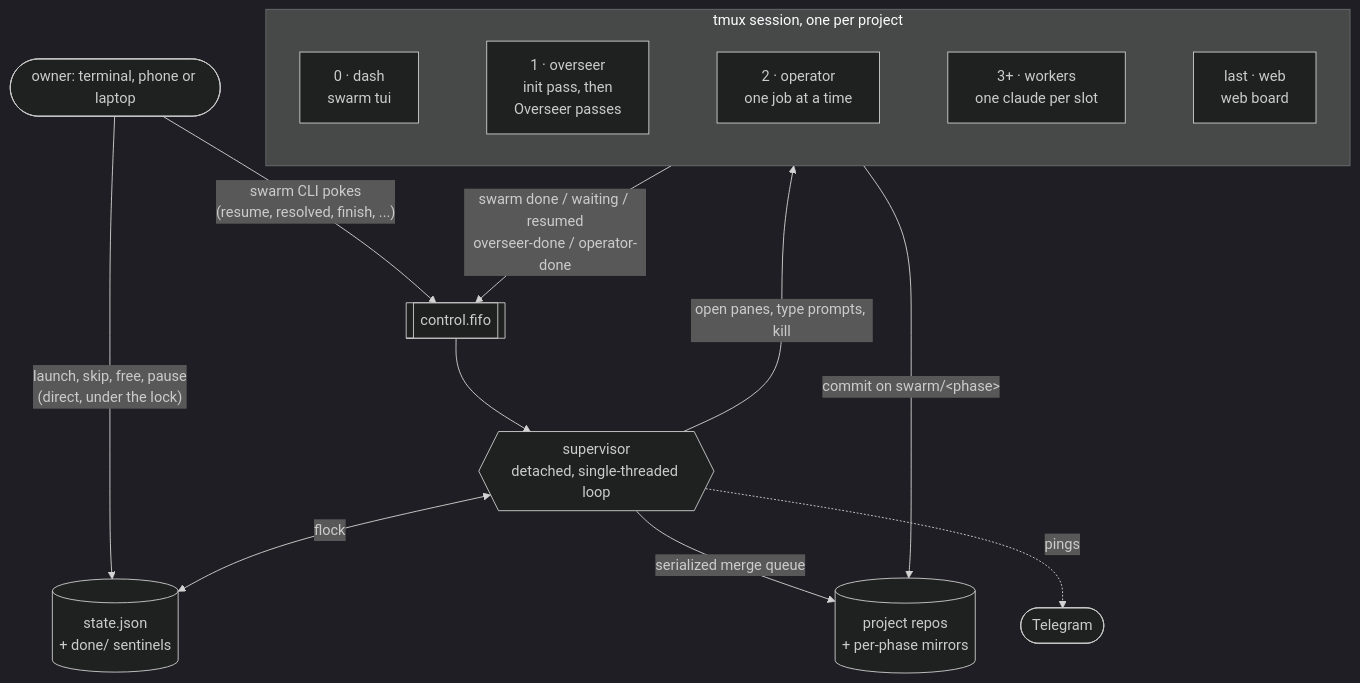
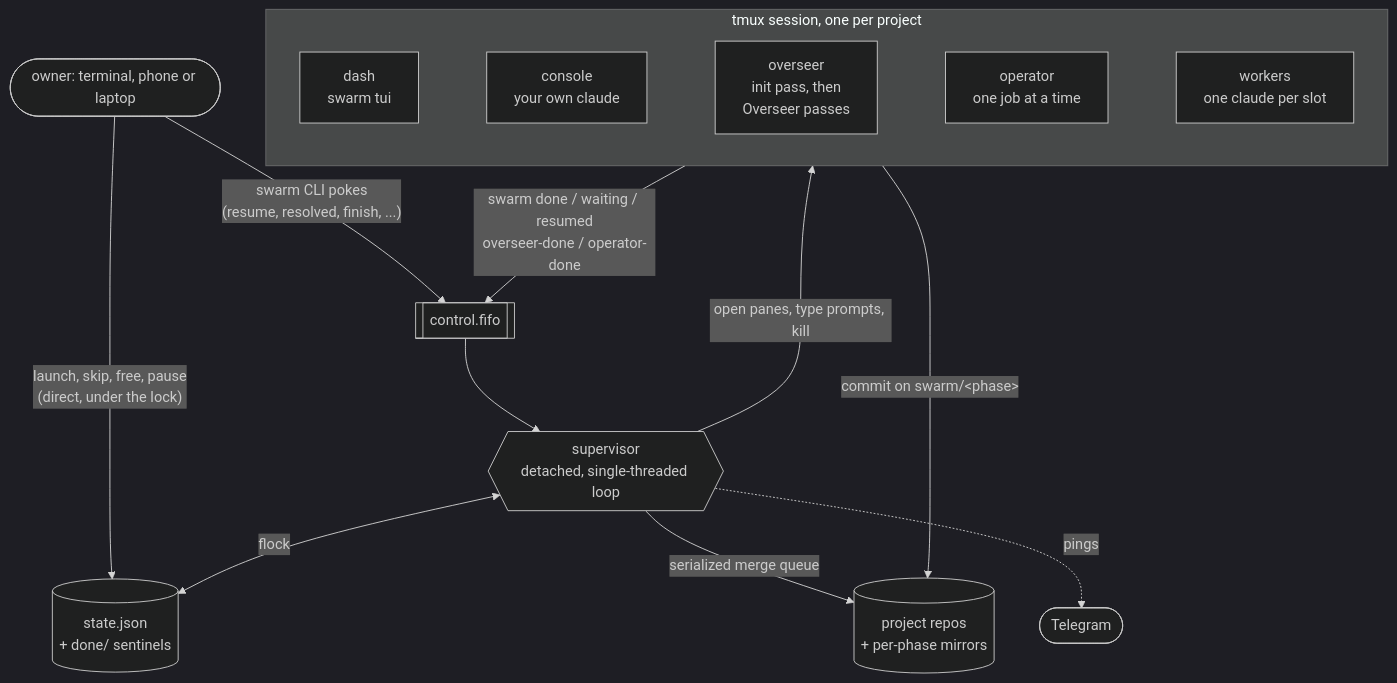
The first of 5 diagrams in README.md (sezaiarda/swarm-orchestrator), drawn with Mermaid (dark theme) before and after one commit. The commit also changed other lines of this file and 16 other files, not shown here.

First line of the commit message:
console: the owner's own Claude session, in a window beside the dashboard

````diff
--- a/README.md
+++ b/README.md
@@ -82,25 +82,25 @@
 ```mermaid
 flowchart TB
   owner(["owner: terminal, phone or laptop"])
 
   subgraph S["tmux session, one per project"]
     direction LR
-    dash["0 · dash<br/>swarm tui"] ~~~ ovs["1 · overseer<br/>init pass, then<br/>Overseer passes"] ~~~ opw["2 · operator<br/>one job at a time"] ~~~ wk["3+ · workers<br/>one claude per slot"] ~~~ web["last · web<br/>web board"]
+    dash["dash<br/>swarm tui"] ~~~ con["console<br/>your own claude"] ~~~ ovs["overseer<br/>init pass, then<br/>Overseer passes"] ~~~ opw["operator<br/>one job at a time"] ~~~ wk["workers<br/>one claude per slot"]
   end
 
   fifo[["control.fifo"]]
   sup{{"supervisor<br/>detached, single-threaded loop"}}
   sj[("state.json<br/>+ done/ sentinels")]
   git[("project repos<br/>+ per-phase mirrors")]
   tg(["Telegram"])
 
   owner -- "swarm CLI pokes<br/>(resume, resolved, finish, ...)" --> fifo
   owner -- "launch, skip, free, pause<br/>(direct, under the lock)" --> sj
   S -- "swarm done / waiting / resumed<br/>overseer-done / operator-done" --> fifo
   fifo --> sup
   sup <-- "flock" --> sj
   sup -- "open panes, type prompts, kill" --> S
   sup -- "serialized merge queue" --> git
   S -- "commit on swarm/&lt;phase&gt;" --> git
   sup -. "pings" .-> tg
 ```
````
